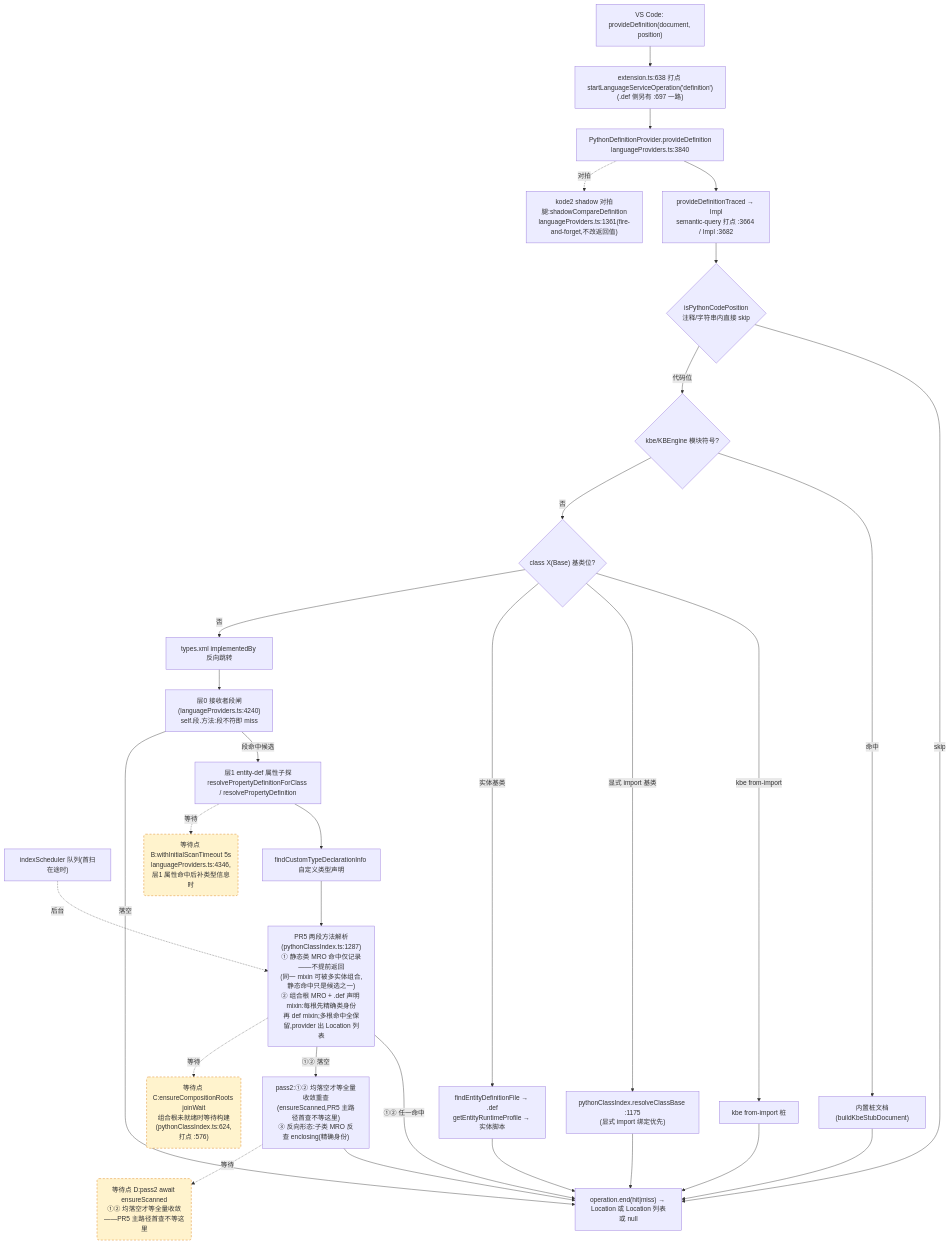
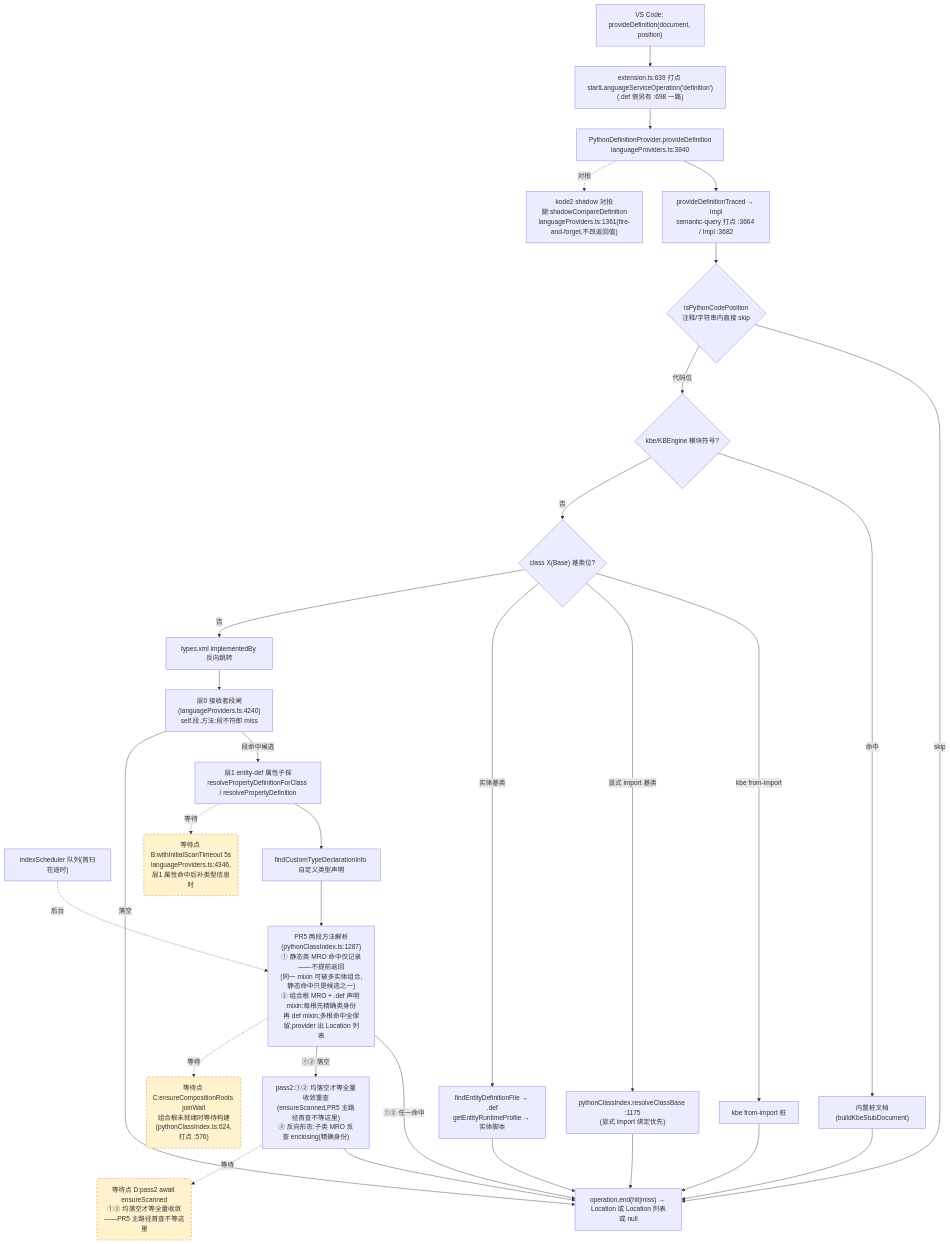
One commit to cuihairu/kode changed the second of 4 diagrams in docs/perf/2026-baseline.md. Above: the diagram before and after it, drawn with Mermaid. The commit also changed other lines of this file and 12 other files, not shown here.

````diff
--- a/docs/perf/2026-baseline.md
+++ b/docs/perf/2026-baseline.md
@@ -130,51 +130,51 @@
 ```mermaid
 flowchart TD
   VC2["VS Code: provideDefinition(document, position)"]
-  M2["extension.ts:638 打点 startLanguageServiceOperation('definition')<br/>(.def 侧另有 :697 一路)"]
+  M2["extension.ts:639 打点 startLanguageServiceOperation('definition')<br/>(.def 侧另有 :698 一路)"]
   AD2["PythonDefinitionProvider.provideDefinition<br/>languageProviders.ts:3840"]
   TR["provideDefinitionTraced → Impl<br/>semantic-query 打点 :3664 / Impl :3682"]
   CTX{"isPythonCodePosition<br/>注释/字符串内直接 skip"}
   KBE{"kbe/KBEngine 模块符号?"}
   STUB["内置桩文档(buildKbeStubDocument)"]
   CB{"class X(Base) 基类位?"}
   CB1["kbe from-import 桩"]
   CB2["pythonClassIndex.resolveClassBase :1175<br/>(显式 import 绑定优先)"]
   CB3["findEntityDefinitionFile → .def<br/>getEntityRuntimeProfile → 实体脚本"]
   REV["types.xml implementedBy 反向跳转"]
   L0["层0 接收者段闸(languageProviders.ts:4240)<br/>self.段.方法:段不符即 miss"]
   L1["层1 entity-def 属性子探<br/>resolvePropertyDefinitionForClass / resolvePropertyDefinition"]
   SCAN["indexScheduler 队列(首扫在途时)"]
   TY["findCustomTypeDeclarationInfo 自定义类型声明"]
   MRO["PR5 两段方法解析(pythonClassIndex.ts:1287)<br/>① 静态类 MRO 命中仅记录——不提前返回<br/>(同一 mixin 可被多实体组合,静态命中只是候选之一)<br/>② 组合根 MRO + .def 声明 mixin:每根先精确类身份<br/>再 def mixin;多根命中全保留,provider 出 Location 列表"]
   PASS2["pass2:①② 均落空才等全量收敛重查<br/>(ensureScanned,PR5 主路径首查不等这里)<br/>③ 反向形态:子类 MRO 反查 enclosing(精确身份)"]
   SHD["kode2 shadow 对拍腿:shadowCompareDefinition<br/>languageProviders.ts:1361(fire-and-forget,不改返回值)"]
   END2["operation.end(hit|miss) → Location 或 Location 列表或 null"]
 
   VC2 --> M2 --> AD2 --> TR --> CTX
   CTX -- "skip" --> END2
   CTX -- "代码位" --> KBE
   KBE -- "命中" --> STUB --> END2
   KBE -- "否" --> CB
   CB -- "kbe from-import" --> CB1 --> END2
   CB -- "显式 import 基类" --> CB2 --> END2
   CB -- "实体基类" --> CB3 --> END2
   CB -- "否" --> REV --> L0
   L0 -- "段命中候选" --> L1
   L0 -- "落空" --> END2
   L1 --> TY
   TY --> MRO
   MRO -- "①② 任一命中" --> END2
   MRO -- "①② 落空" --> PASS2 --> END2
   AD2 -.->|对拍| SHD
 
   WAITB("等待点 B:withInitialScanTimeout 5s<br/>languageProviders.ts:4346,层1 属性命中后补类型信息时")
   WAITC("等待点 C:ensureCompositionRoots joinWait<br/>组合根未就绪时等待构建(pythonClassIndex.ts:624,打点 :576)")
   WAITD("等待点 D:pass2 await ensureScanned<br/>①② 均落空才等全量收敛——PR5 主路径首查不等这里")
   L1 -.->|等待| WAITB
   MRO -.->|等待| WAITC
   PASS2 -.->|等待| WAITD
   SCAN -.->|后台| MRO
 
   classDef waitPoint fill:#fff3cd,stroke:#d97706,stroke-dasharray:5 4;
   class WAITB,WAITC,WAITD waitPoint;
 ```
````
